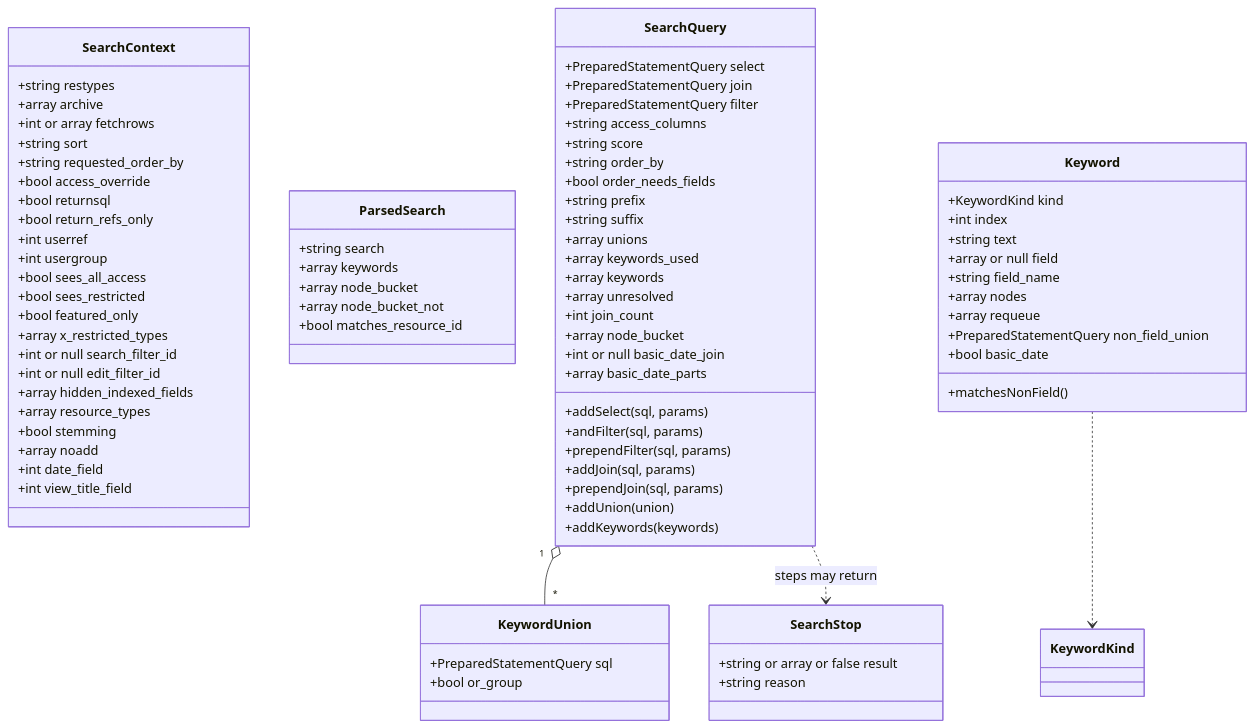
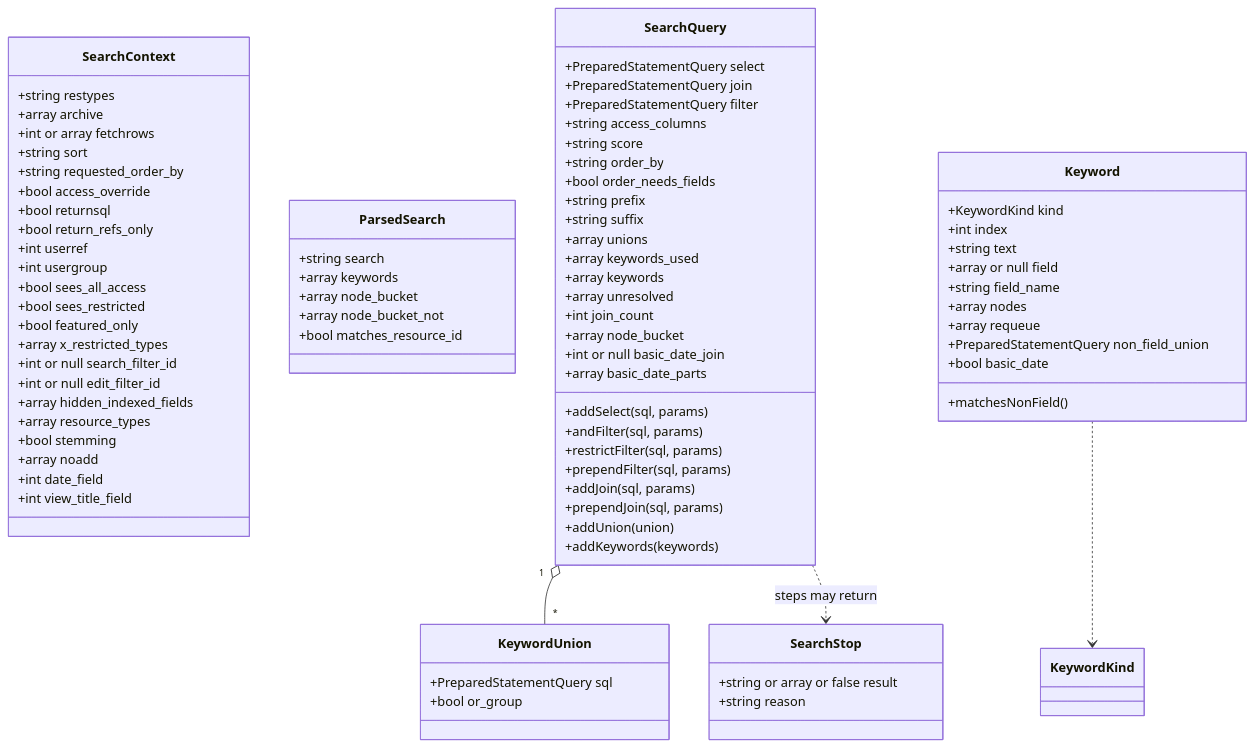
Before and after one commit to cwe/resourcespace: the sixth of 6 diagrams in documentation/search_pipeline.md, drawn with Mermaid. The commit also changed other lines of this file and 2 other files, not shown here.

```diff
--- a/documentation/search_pipeline.md
+++ b/documentation/search_pipeline.md
@@ -334,6 +339,8 @@
 
         +andFilter(sql, params)
 
+        +restrictFilter(sql, params)
+
         +prependFilter(sql, params)
 
         +addJoin(sql, params)
```
